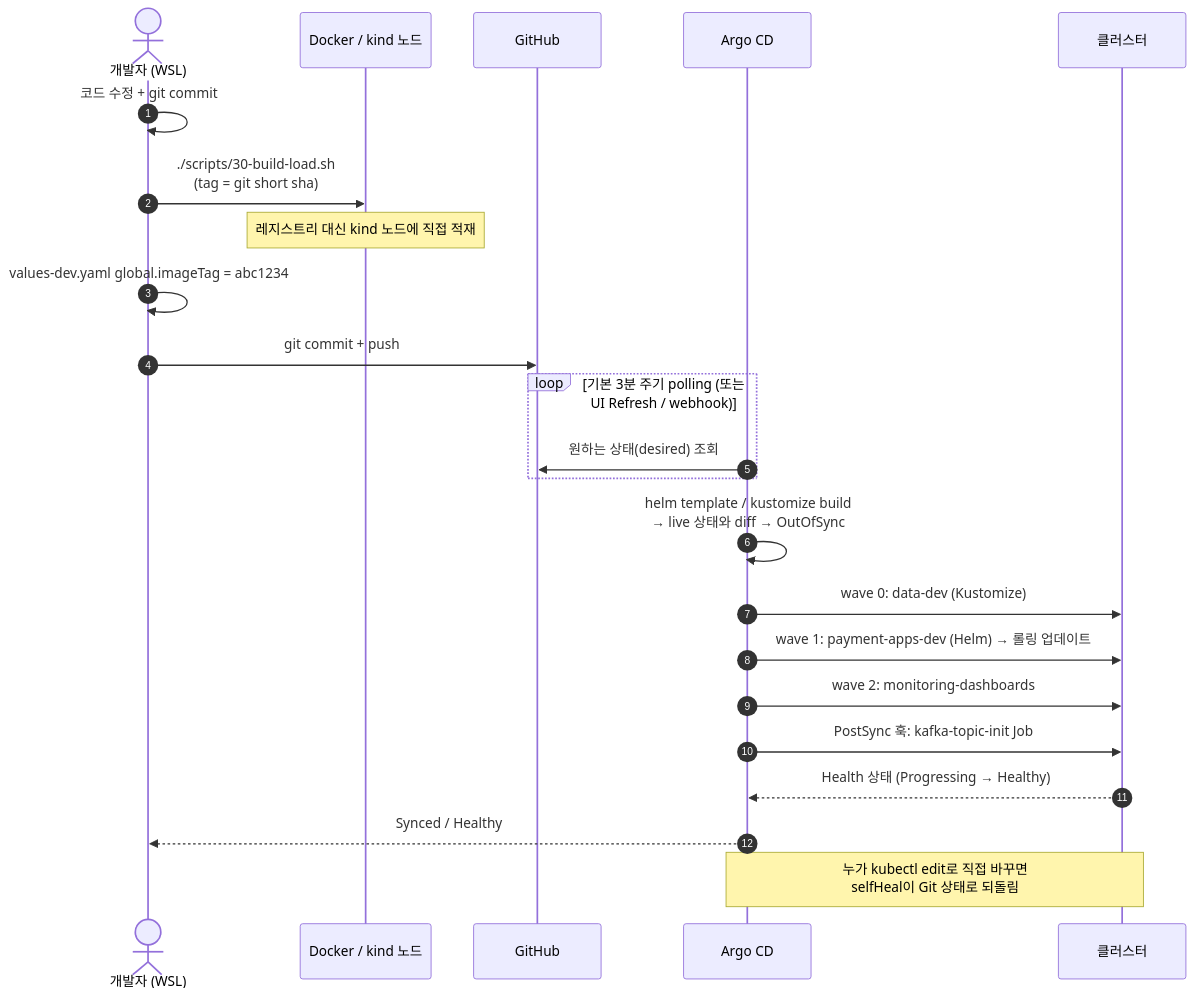
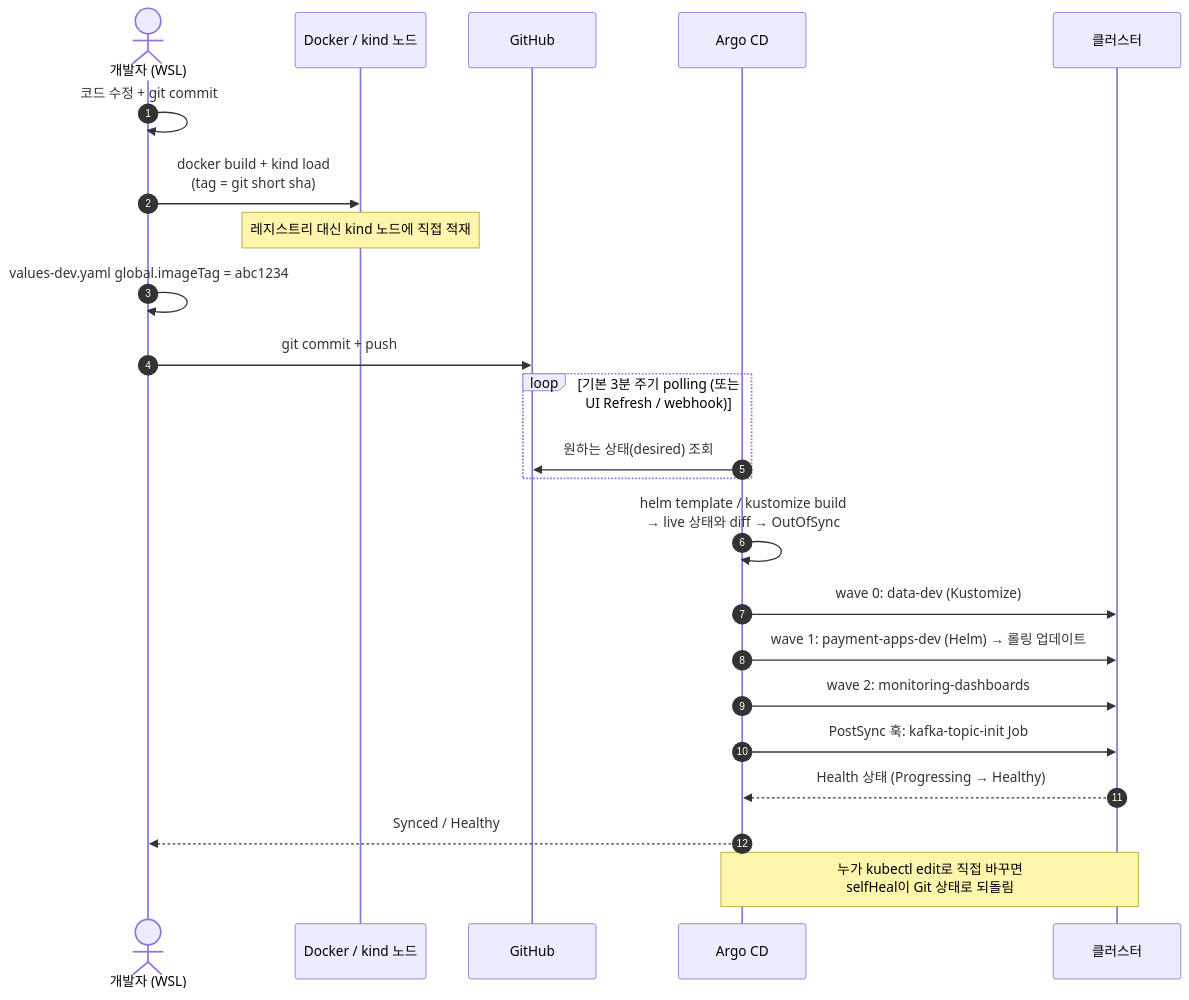
Diagram 11 of 13 in docs/04-workflows.md (gunhaa/k8s), drawn with Mermaid before and after one commit. The commit also changed other lines of this file and 16 other files, not shown here.

````diff
--- a/docs/04-workflows.md
+++ b/docs/04-workflows.md
@@ -345,26 +345,26 @@
 ```mermaid
 sequenceDiagram
   autonumber
   actor Dev as 개발자 (WSL)
   participant Docker as Docker / kind 노드
   participant Git as GitHub
   participant Argo as Argo CD
   participant K8s as 클러스터
 
   Dev->>Dev: 코드 수정 + git commit
-  Dev->>Docker: ./scripts/30-build-load.sh<br/>(tag = git short sha)
+  Dev->>Docker: docker build + kind load<br/>(tag = git short sha)
   Note over Docker: 레지스트리 대신 kind 노드에 직접 적재
   Dev->>Dev: values-dev.yaml global.imageTag = abc1234
   Dev->>Git: git commit + push
   loop 기본 3분 주기 polling (또는 UI Refresh / webhook)
     Argo->>Git: 원하는 상태(desired) 조회
   end
   Argo->>Argo: helm template / kustomize build<br/>→ live 상태와 diff → OutOfSync
   Argo->>K8s: wave 0: data-dev (Kustomize)
   Argo->>K8s: wave 1: payment-apps-dev (Helm) → 롤링 업데이트
   Argo->>K8s: wave 2: monitoring-dashboards
   Argo->>K8s: PostSync 훅: kafka-topic-init Job
   K8s-->>Argo: Health 상태 (Progressing → Healthy)
   Argo-->>Dev: Synced / Healthy
   Note over Argo,K8s: 누가 kubectl edit로 직접 바꾸면<br/>selfHeal이 Git 상태로 되돌림
 ```
````
